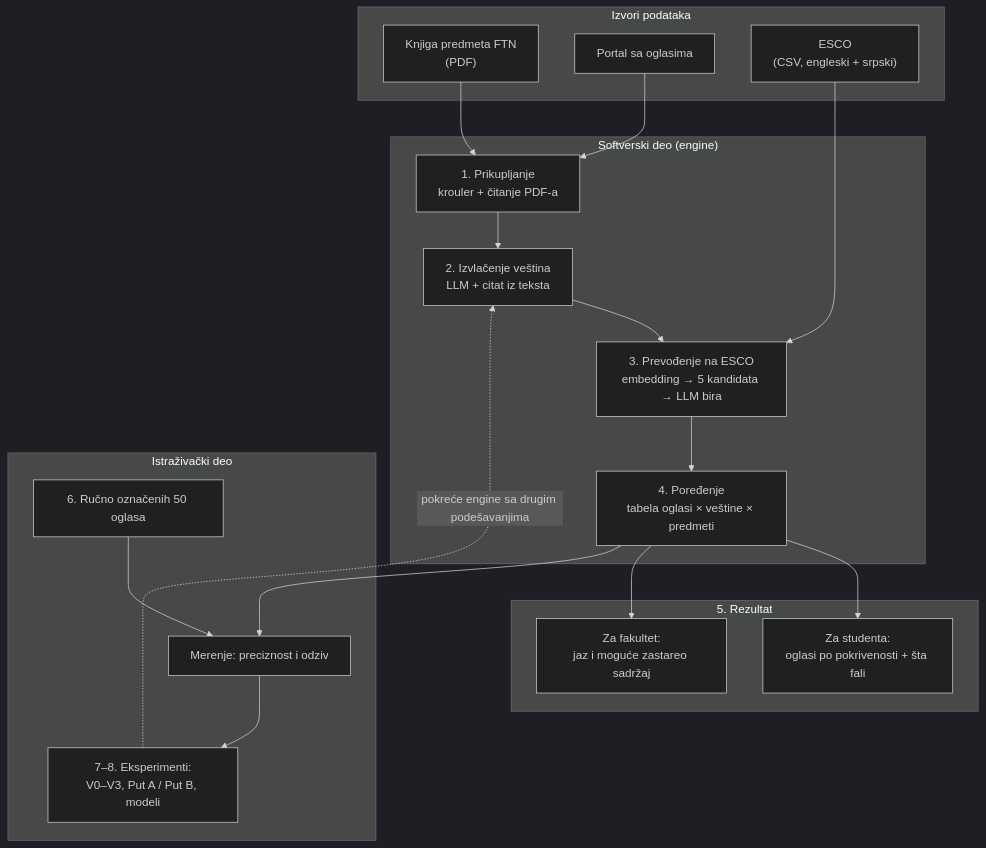
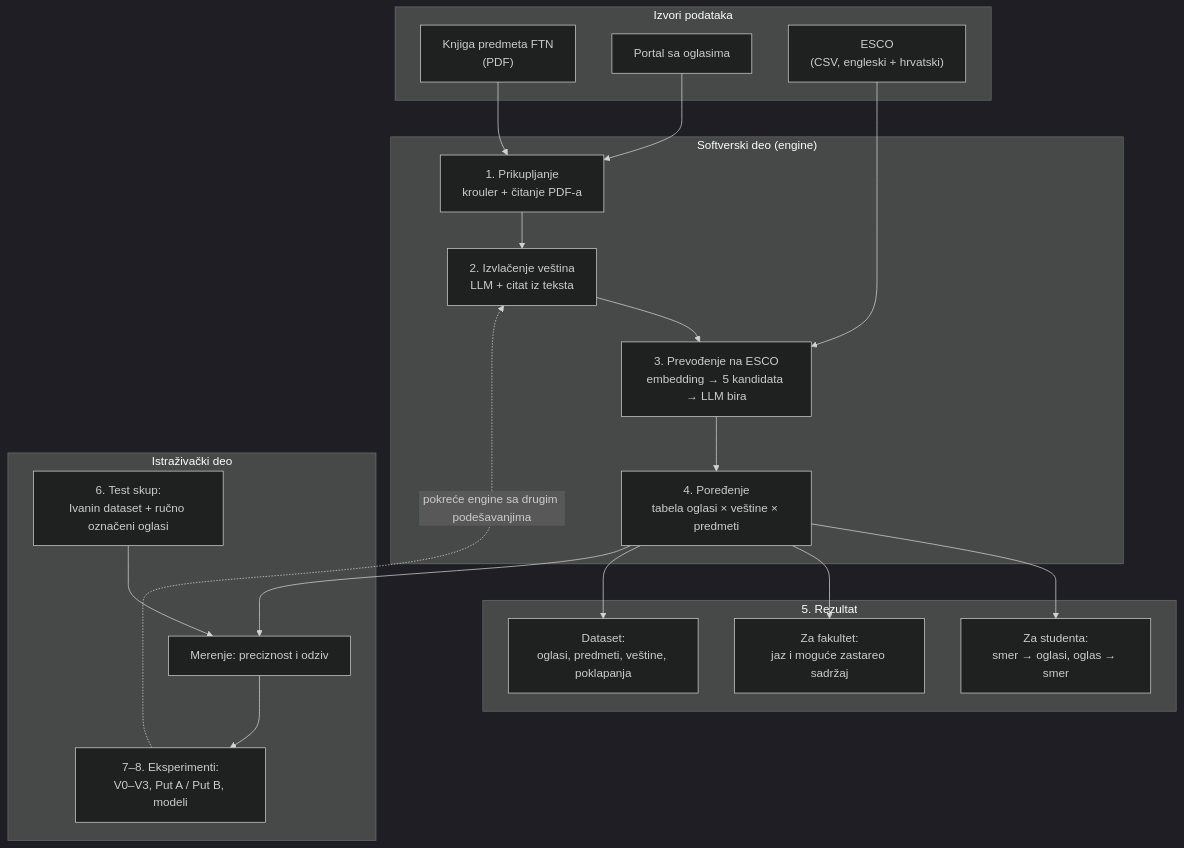
The diagram in Istrazivacki_dnevnik.md (goranmalesev/curriculum-job-alignment), drawn with Mermaid (dark theme) before and after one commit. The commit also changed other lines of this file, not shown here.

````diff
--- a/Istrazivacki_dnevnik.md
+++ b/Istrazivacki_dnevnik.md
@@ -196,37 +222,39 @@
 ```mermaid
 flowchart TB
     subgraph IZVORI["Izvori podataka"]
         K["Knjiga predmeta FTN<br/>(PDF)"]
         O["Portal sa oglasima"]
-        E["ESCO<br/>(CSV, engleski + srpski)"]
+        E["ESCO<br/>(CSV, engleski + hrvatski)"]
     end
 
     subgraph ENGINE["Softverski deo (engine)"]
         S1["1. Prikupljanje<br/>krouler + čitanje PDF-a"]
         S2["2. Izvlačenje veština<br/>LLM + citat iz teksta"]
         S3["3. Prevođenje na ESCO<br/>embedding → 5 kandidata → LLM bira"]
         S4["4. Poređenje<br/>tabela oglasi × veštine × predmeti"]
     end
 
     subgraph IZLAZ["5. Rezultat"]
-        A1["Za studenta:<br/>oglasi po pokrivenosti + šta fali"]
+        A1["Za studenta:<br/>smer → oglasi, oglas → smer"]
         A2["Za fakultet:<br/>jaz i moguće zastareo sadržaj"]
+        A3["Dataset:<br/>oglasi, predmeti, veštine, poklapanja"]
     end
 
     subgraph ISTR["Istraživački deo"]
-        R1["6. Ručno označenih 50 oglasa"]
+        R1["6. Test skup:<br/>Ivanin dataset + ručno označeni oglasi"]
         R2["Merenje: preciznost i odziv"]
         R3["7–8. Eksperimenti:<br/>V0–V3, Put A / Put B, modeli"]
     end
 
     K --> S1
     O --> S1
     S1 --> S2 --> S3 --> S4
     E --> S3
     S4 --> A1
     S4 --> A2
+    S4 --> A3
     S4 --> R2
     R1 --> R2
     R3 -. "pokreće engine sa drugim podešavanjima" .-> S2
     R2 --> R3
 ```
````
